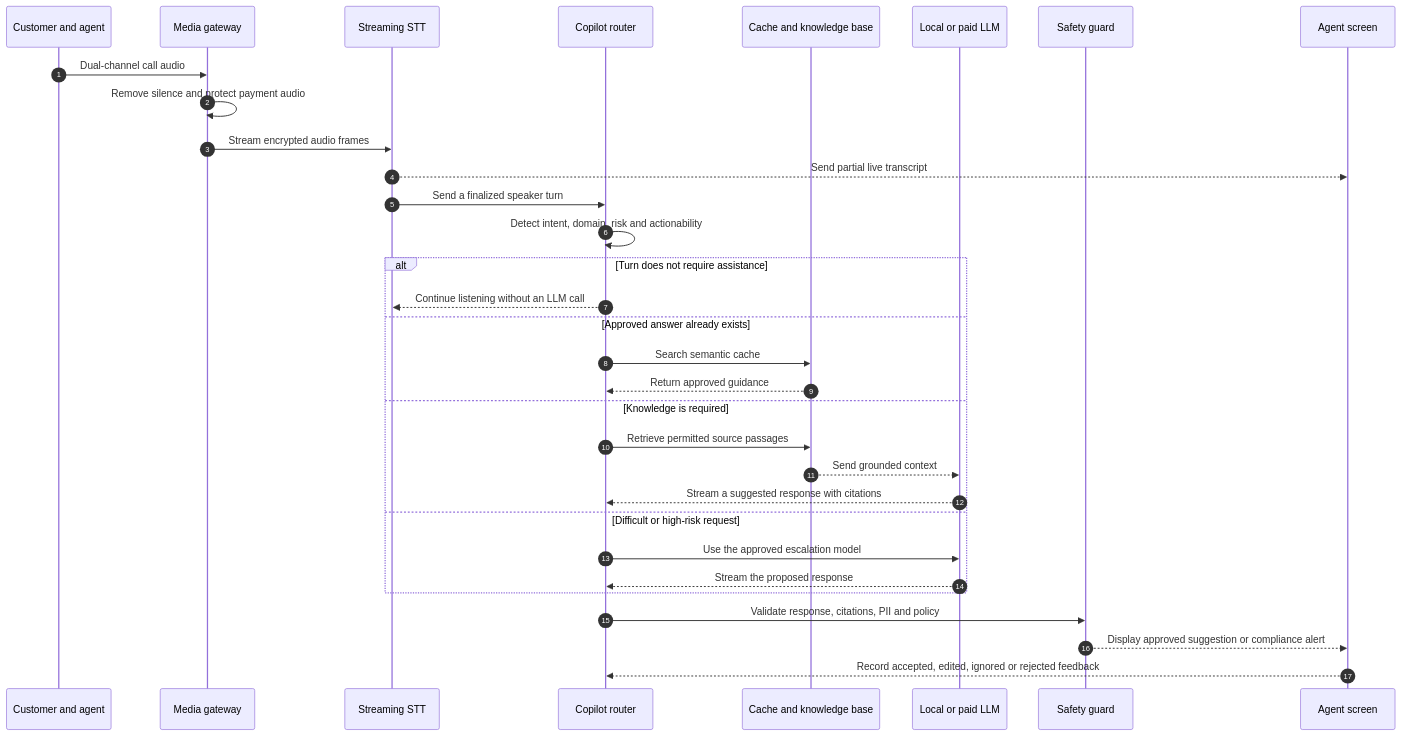
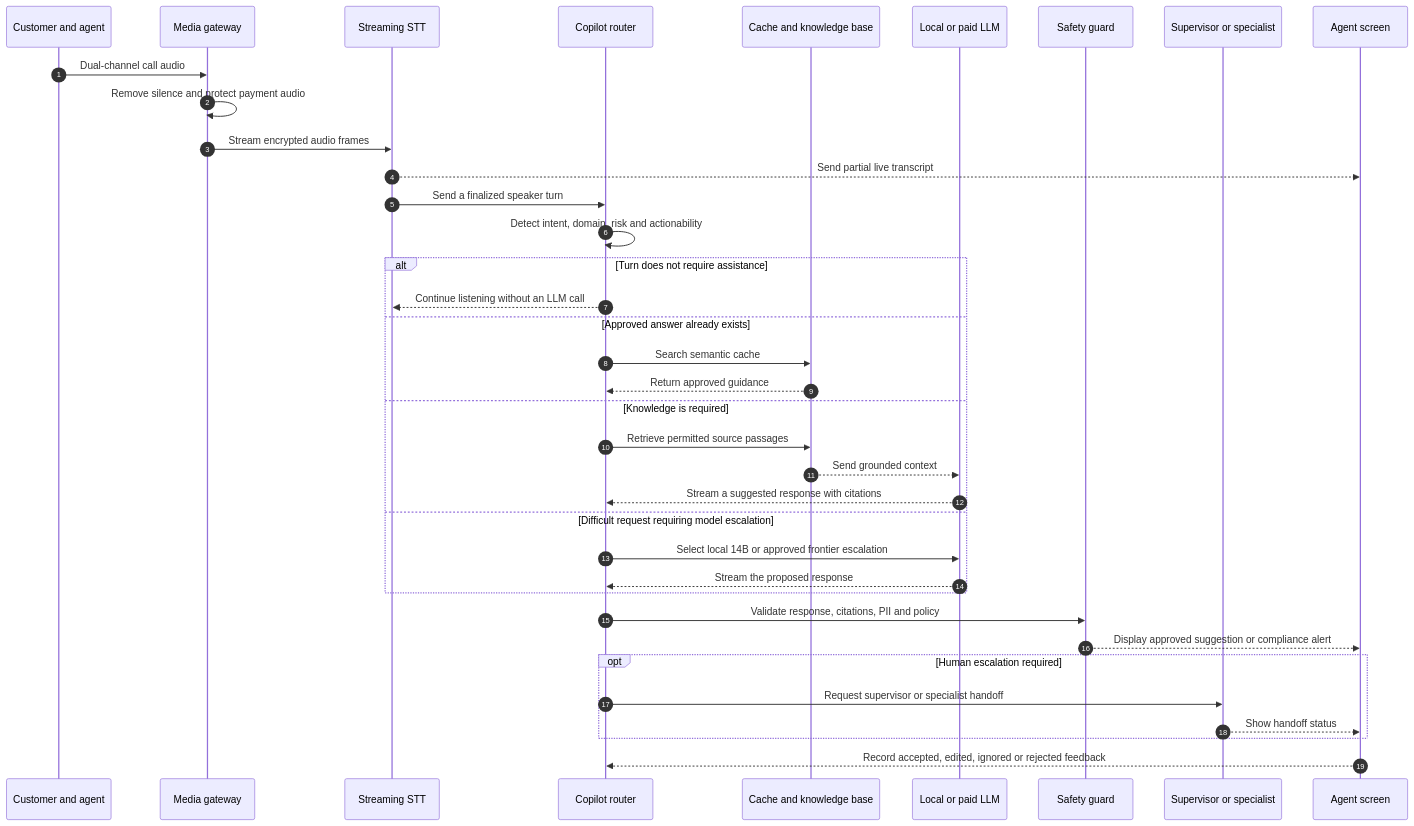
One commit to djinn-soul/agent_voice_pilot changed the third of 5 diagrams in README.md. Above: the diagram before and after it, drawn with Mermaid. The commit also changed other lines of this file, not shown here.

Commit message:
Enhance README.md: add details on model and human escalation processes, update flowchart for clarity

````diff
--- a/README.md
+++ b/README.md
@@ -85,37 +85,42 @@
 ```mermaid
 sequenceDiagram
     autonumber
     participant C as Customer and agent
     participant M as Media gateway
     participant S as Streaming STT
     participant R as Copilot router
     participant K as Cache and knowledge base
     participant L as Local or paid LLM
     participant G as Safety guard
+    participant E as Supervisor or specialist
     participant U as Agent screen
 
     C->>M: Dual-channel call audio
     M->>M: Remove silence and protect payment audio
     M->>S: Stream encrypted audio frames
     S-->>U: Send partial live transcript
     S->>R: Send a finalized speaker turn
     R->>R: Detect intent, domain, risk and actionability
 
     alt Turn does not require assistance
         R-->>S: Continue listening without an LLM call
     else Approved answer already exists
         R->>K: Search semantic cache
         K-->>R: Return approved guidance
     else Knowledge is required
         R->>K: Retrieve permitted source passages
         K-->>L: Send grounded context
         L-->>R: Stream a suggested response with citations
-    else Difficult or high-risk request
-        R->>L: Use the approved escalation model
+    else Difficult request requiring model escalation
+        R->>L: Select local 14B or approved frontier escalation
         L-->>R: Stream the proposed response
     end
 
     R->>G: Validate response, citations, PII and policy
     G-->>U: Display approved suggestion or compliance alert
+    opt Human escalation required
+        R->>E: Request supervisor or specialist handoff
+        E-->>U: Show handoff status
+    end
     U-->>R: Record accepted, edited, ignored or rejected feedback
 ```
````
